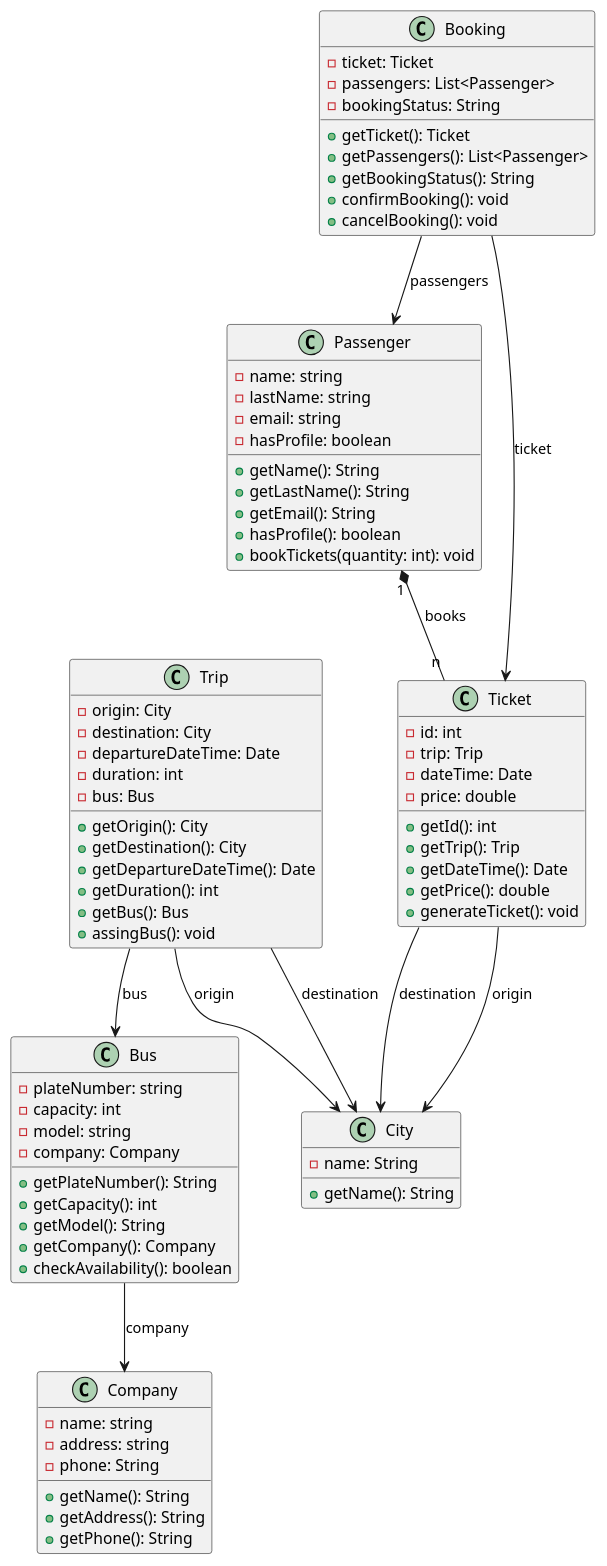
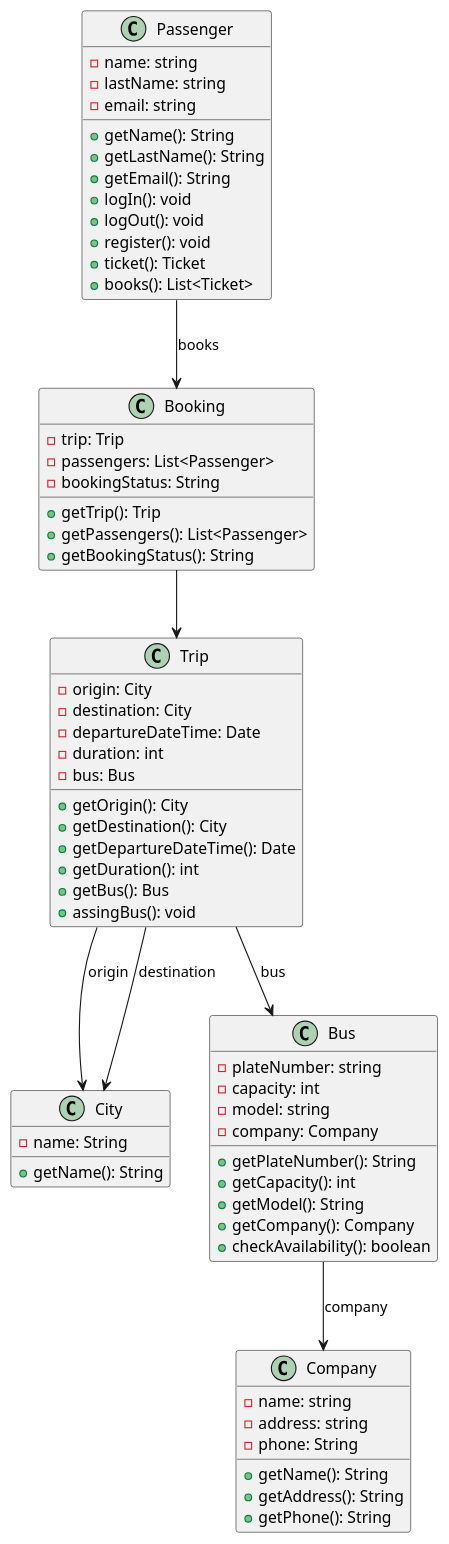
The diagram in docs/ClassDiagram.puml (DouglasArenas/TicketBusOnline), drawn with PlantUML before and after one commit.

Commit message:
Update ClassDiagram

```diff
--- a/docs/ClassDiagram.puml
+++ b/docs/ClassDiagram.puml
@@ -1,96 +1,79 @@
-@startuml PlatformUM
-
+@startuml
 '''Diagrama de clases de ticket bus online'''
 
 class Passenger {
     - name: string
     - lastName: string
     - email: string
-    - hasProfile: boolean
     + getName(): String
     + getLastName(): String
     + getEmail(): String
-    + hasProfile(): boolean
-    + bookTickets(quantity: int): void
+    + logIn(): void
+    + logOut(): void
+    + register(): void
+    + ticket(): Ticket
+    + books(): List<Ticket>
 }
 
 class Trip {
     - origin: City
     - destination: City
     - departureDateTime: Date
     - duration: int
     - bus: Bus
     + getOrigin(): City
     + getDestination(): City
     + getDepartureDateTime(): Date
     + getDuration(): int
     + getBus(): Bus
     + assingBus(): void
 }
 
 class City {
     - name: String
     + getName(): String
-}
-
-class Ticket {
-    - id: int
-    - trip: Trip
-    - dateTime: Date
-    - price: double
-    + getId(): int
-    + getTrip(): Trip
-    + getDateTime(): Date
-    + getPrice(): double
-    + generateTicket(): void
-
 }
 
 class Bus {
     - plateNumber: string
     - capacity: int
     - model: string
     - company: Company
     + getPlateNumber(): String
     + getCapacity(): int
     + getModel(): String
     + getCompany(): Company
     + checkAvailability(): boolean
 }
 
 class Company {
     - name: string
     - address: string
     - phone: String
     + getName(): String
     + getAddress(): String
     + getPhone(): String
 
 }
 
 class Booking {
-    - ticket: Ticket
+    - trip: Trip
     - passengers: List<Passenger>
     - bookingStatus: String
-    + getTicket(): Ticket
+    + getTrip(): Trip
     + getPassengers(): List<Passenger>
     + getBookingStatus(): String
-    + confirmBooking(): void
-    + cancelBooking(): void
 }
 
-Ticket --> City : origin
-Ticket --> City : destination
 
-Passenger "1" *-- "n" Ticket : books
+Passenger --> Booking : books
 
 Bus --> Company : company
 
 Trip --> City : origin
 Trip --> City : destination
 Trip --> Bus : bus
 
-Booking --> Ticket : ticket
-Booking --> Passenger : passengers
+Booking --> Trip
 
 @enduml
```
